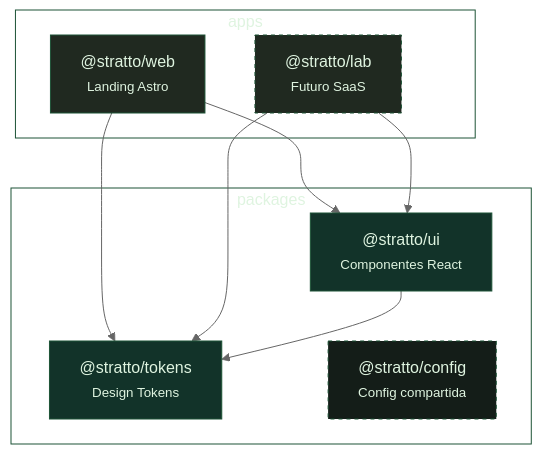
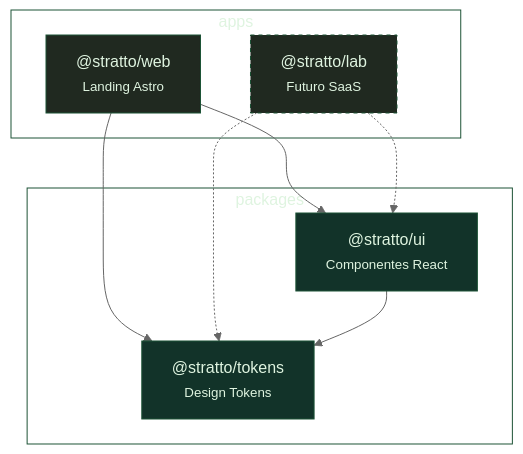
One commit to stratttodev/stratto changed the diagram in README.md. Above: the diagram before and after it, drawn with Mermaid (neutral theme). The commit also changed other lines of this file, not shown here.

````diff
--- a/README.md
+++ b/README.md
@@ -38,27 +37,23 @@
 ```mermaid
 graph TD
-  subgraph apps[" apps "]
+  subgraph apps["apps"]
     WEB["@stratto/web<br><small>Landing Astro</small>"]
     LAB["@stratto/lab<br><small>Futuro SaaS</small>"]
   end
 
-  subgraph packages[" packages "]
+  subgraph packages["packages"]
     TOKENS["@stratto/tokens<br><small>Design Tokens</small>"]
     UI["@stratto/ui<br><small>Componentes React</small>"]
-    CFG["@stratto/config<br><small>Config compartida</small>"]
   end
 
-  WEB --> UI
-  WEB --> TOKENS
-  LAB --> UI
-  LAB --> TOKENS
+  WEB --> UI & TOKENS
+  LAB -.-> UI & TOKENS
   UI --> TOKENS
 
   style WEB fill:#202920,stroke:#1D5336,color:#dff4e0
-  style LAB fill:#202920,stroke:#1D5336,color:#dff4e0,stroke-dasharray: 4 4
+  style LAB fill:#202920,stroke:#1D5336,color:#dff4e0,stroke-dasharray:4 4
   style TOKENS fill:#123329,stroke:#1D5336,color:#dff4e0
   style UI fill:#123329,stroke:#1D5336,color:#dff4e0
-  style CFG fill:#141D18,stroke:#1D5336,color:#dff4e0,stroke-dasharray: 4 4
   style apps fill:transparent,stroke:#1D5336,color:#dff4e0
   style packages fill:transparent,stroke:#1D5336,color:#dff4e0
 ```
````
